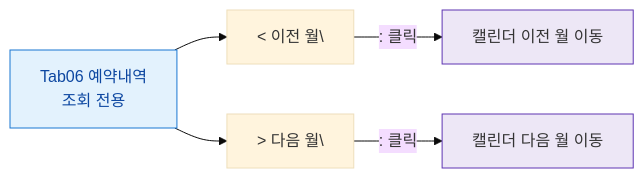
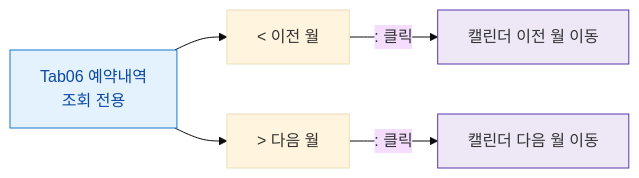
Before and after one commit to dev-spogym/admin-pando: the diagram in docs/admin/다이어그램/D02_회원관리/SCR-M004_회원상세/Tab06_예약내역/F3_버튼액션.md, drawn with Mermaid (base theme). The commit also changed 369 other files, not shown here.

````diff
--- a/docs/admin/다이어그램/D02_회원관리/SCR-M004_회원상세/Tab06_예약내역/F3_버튼액션.md
+++ b/docs/admin/다이어그램/D02_회원관리/SCR-M004_회원상세/Tab06_예약내역/F3_버튼액션.md
@@ -20,13 +20,13 @@
 ```mermaid
 flowchart LR
-  TAB[Tab06 예약내역\n조회 전용] --> B1[< 이전 월\]
-  TAB --> B2[> 다음 월\]
+  TAB[Tab06 예약내역\n조회 전용] --> B1[< 이전 월]
+  TAB --> B2[> 다음 월]
 
   B1 -->|": 클릭"|PREV[캘린더 이전 월 이동]
   B2 -->|": 클릭"|NEXT[캘린더 다음 월 이동]
 
   classDef screen fill:#E3F2FD,stroke:#1976D2,color:#0D47A1
   classDef system fill:#EDE7F6,stroke:#5E35B2
   class TAB screen
   class PREV,NEXT system
 ```
````
